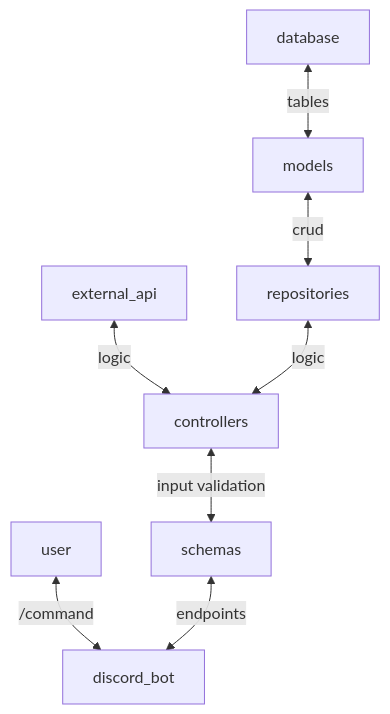
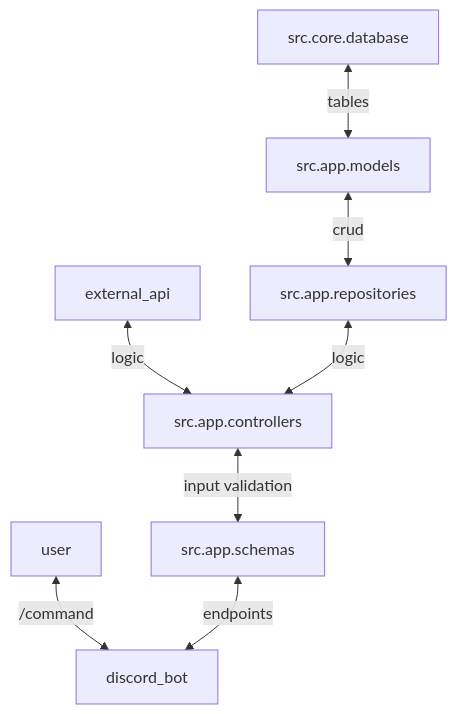
Before and after one commit to Bot-detector/bot-detector-discord-bot: the diagram in src/app/readme.md, drawn with Mermaid.

Commit message:
improved documentation

````diff
--- a/src/app/readme.md
+++ b/src/app/readme.md
@@ -8,13 +8,13 @@
 ```mermaid
 flowchart TD
-   user <-->|/command| discord_bot
+   user <--> |/command| discord_bot
 
-   database <--> |tables| models
-   models <--> |crud| repositories
-   external_api <--> |logic| controllers
-   repositories <--> |logic| controllers
+   src.core.database <--> |tables| src.app.models
+   src.app.models <--> |crud| src.app.repositories
+   external_api <--> |logic| src.app.controllers
+   src.app.repositories <--> |logic| src.app.controllers
 
-   controllers <--> |input validation| schemas
+   src.app.controllers <--> |input validation| src.app.schemas
 
-   schemas <--> |endpoints| discord_bot
+   src.app.schemas <--> |endpoints| discord_bot
 ```
````
